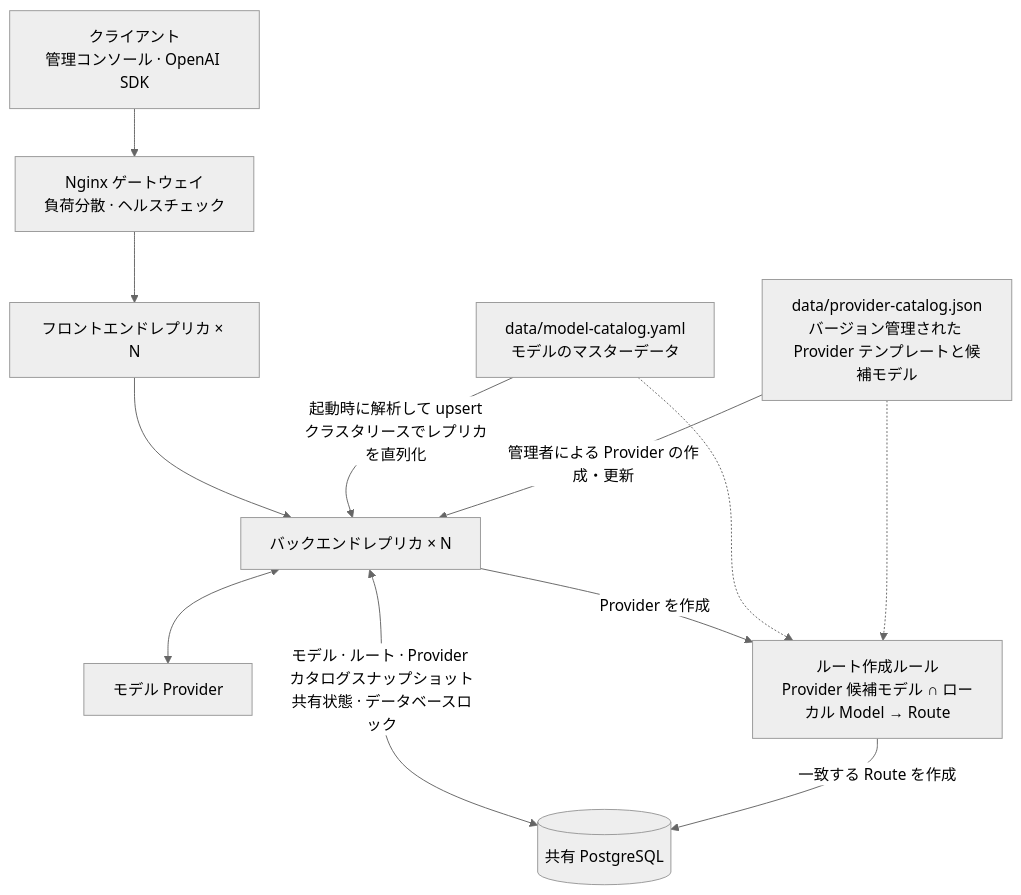
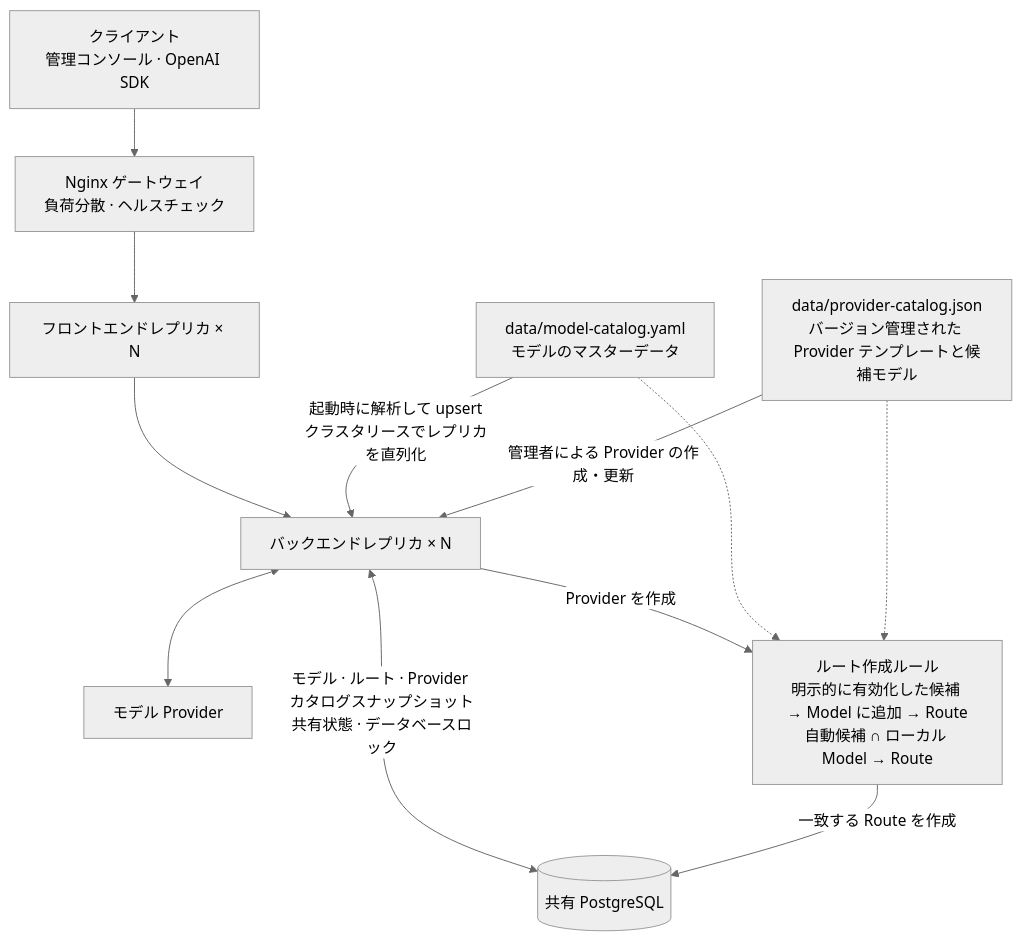
One commit to IIXINGCHEN/TokenHub changed the diagram in docs/ja/deployment.md. Above: the diagram before and after it, drawn with Mermaid (neutral theme). The commit also changed other lines of this file and 7 other files, not shown here.

````diff
--- a/docs/ja/deployment.md
+++ b/docs/ja/deployment.md
@@ -53,16 +53,16 @@
 ```mermaid
 flowchart TB
     clients["クライアント<br/>管理コンソール · OpenAI SDK"] --> nginx["Nginx ゲートウェイ<br/>負荷分散 · ヘルスチェック"]
     nginx --> frontend["フロントエンドレプリカ × N"]
     frontend --> backend["バックエンドレプリカ × N"]
     backend <--> providers["モデル Provider"]
 
     local["data/model-catalog.yaml<br/>モデルのマスターデータ"] -->|"起動時に解析して upsert<br/>クラスタリースでレプリカを直列化"| backend
     providerCatalog["data/provider-catalog.json<br/>バージョン管理された Provider テンプレートと候補モデル"] -->|"管理者による Provider の作成・更新"| backend
     backend <-->|"モデル · ルート · Provider カタログスナップショット<br/>共有状態 · データベースロック"| postgres[("共有 PostgreSQL")]
 
-    backend -->|"Provider を作成"| rule["ルート作成ルール<br/>Provider 候補モデル ∩ ローカル Model → Route"]
+    backend -->|"Provider を作成"| rule["ルート作成ルール<br/>明示的に有効化した候補 → Model に追加 → Route<br/>自動候補 ∩ ローカル Model → Route"]
     local -.-> rule
     providerCatalog -.-> rule
     rule -->|"一致する Route を作成"| postgres
 ```
````
